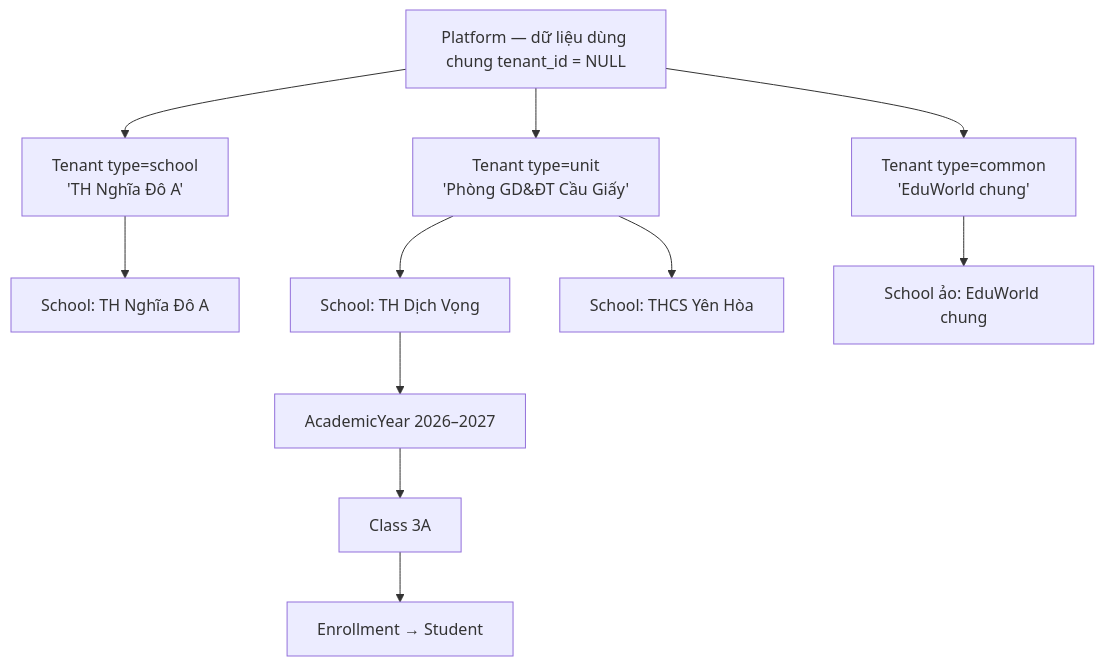
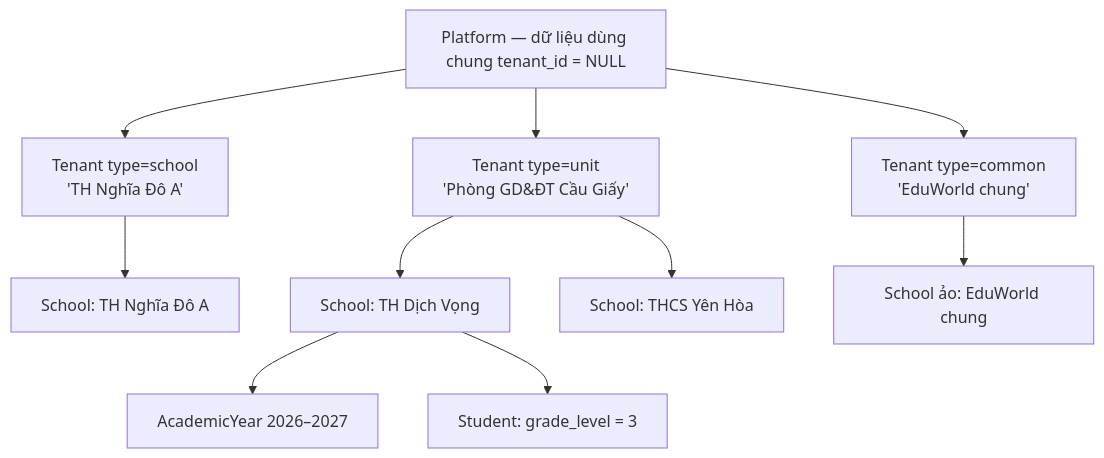
The first of 3 diagrams in docs/06-architecture/MULTITENANCY.md (tanguyen2020/eduworld-platform), drawn with Mermaid before and after one commit. The commit also changed other lines of this file and 46 other files, not shown here.

````diff
--- a/docs/06-architecture/MULTITENANCY.md
+++ b/docs/06-architecture/MULTITENANCY.md
@@ -29,13 +32,12 @@
 ```mermaid
 flowchart TD
   P[Platform — dữ liệu dùng chung tenant_id = NULL] --> T1[Tenant type=school\n'TH Nghĩa Đô A']
   P --> T2[Tenant type=unit\n'Phòng GD&ĐT Cầu Giấy']
   P --> T3[Tenant type=common\n'EduWorld chung']
   T1 --> S1[School: TH Nghĩa Đô A]
   T2 --> S2[School: TH Dịch Vọng]
   T2 --> S3[School: THCS Yên Hòa]
   T3 --> S4[School ảo: EduWorld chung]
   S2 --> AY[AcademicYear 2026–2027]
-  AY --> C1[Class 3A]
-  C1 --> E1[Enrollment → Student]
+  S2 --> ST[Student: grade_level = 3]
 ```
````
